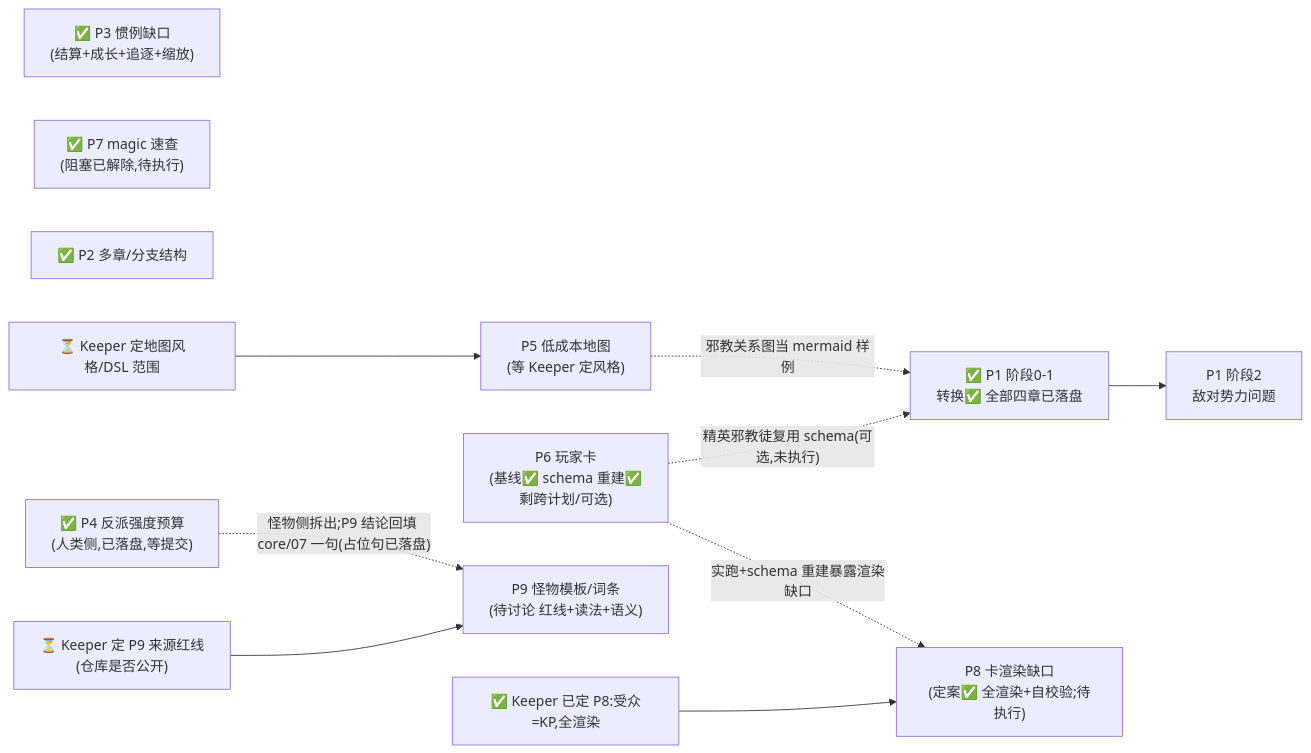
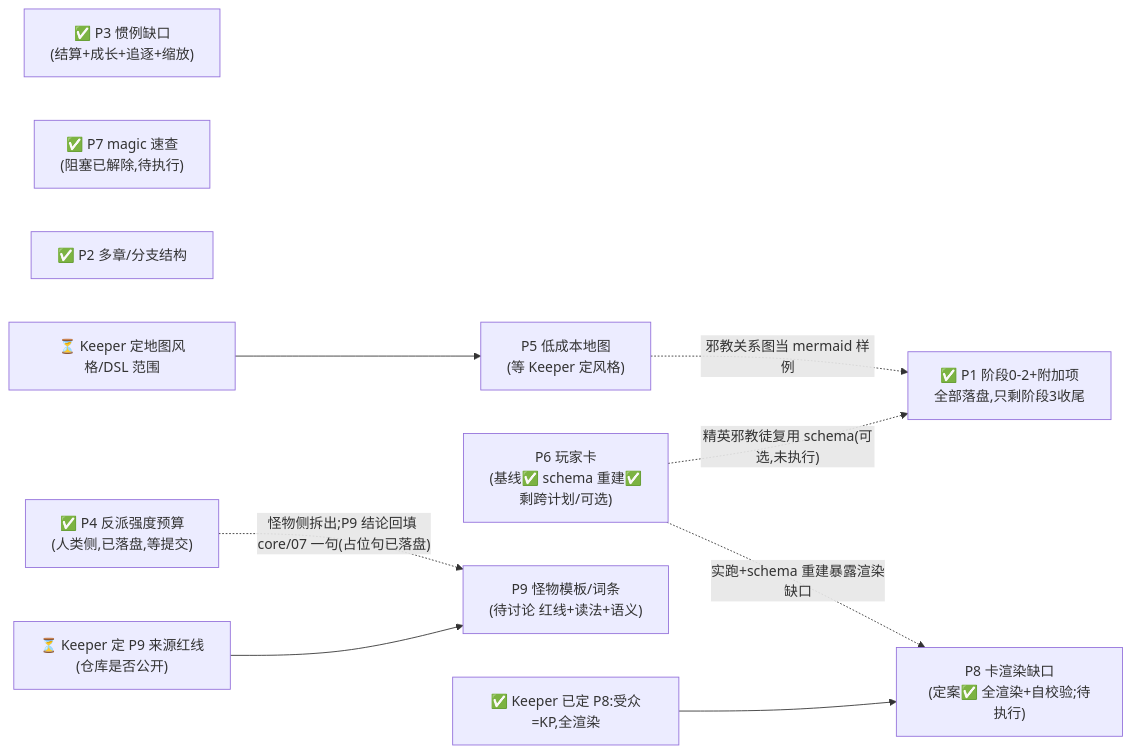
Before and after one commit to Mzihong/coc-keeper-kit: the diagram in update_plan/README.md, drawn with Mermaid. The commit also changed other lines of this file and 19 other files, not shown here.

````diff
--- a/update_plan/README.md
+++ b/update_plan/README.md
@@ -29,27 +29,25 @@
 ```mermaid
 graph LR
     P3["✅ P3 惯例缺口<br/>(结算+成长+追逐+缩放)"]
     P7["✅ P7 magic 速查<br/>(阻塞已解除,待执行)"]
     P5["P5 低成本地图<br/>(等 Keeper 定风格)"]
     P6["P6 玩家卡<br/>(基线✅ schema 重建✅<br/>剩跨计划/可选)"]
-    P1a["✅ P1 阶段0-1<br/>转换✅ 全部四章已落盘"]
-    P1c["P1 阶段2<br/>敌对势力问题"]
+    P1a["✅ P1 阶段0-2+附加项<br/>全部落盘,只剩阶段3收尾"]
     P2["✅ P2 多章/分支结构"]
     P4["✅ P4 反派强度预算<br/>(人类侧,已落盘,等提交)"]
     P8["P8 卡渲染缺口<br/>(定案✅ 全渲染+自校验;待执行)"]
     P9["P9 怪物模板/词条<br/>(待讨论 红线+读法+语义)"]
     KeeperMap["⏳ Keeper 定地图风格/DSL 范围"]
     KeeperView["✅ Keeper 已定 P8:受众=KP,全渲染"]
     KeeperRed["⏳ Keeper 定 P9 来源红线<br/>(仓库是否公开)"]
 
-    P1a --> P1c
     KeeperMap --> P5
     KeeperView --> P8
     KeeperRed --> P9
     P4 -.怪物侧拆出;P9 结论回填 core/07 一句(占位句已落盘).-> P9
     P6 -.实跑+schema 重建暴露渲染缺口.-> P8
     P6 -.精英邪教徒复用 schema(可选,未执行).-> P1a
     P5 -.邪教关系图当 mermaid 样例.-> P1a
     P2
     P3
 ```
````
